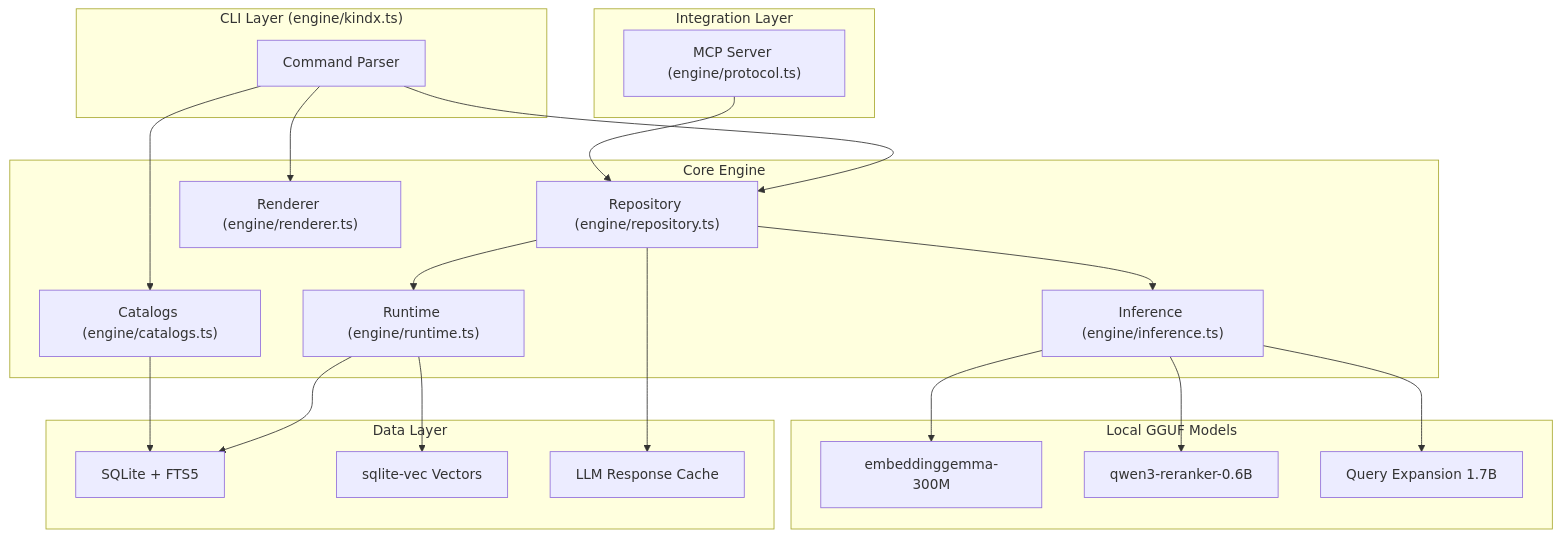
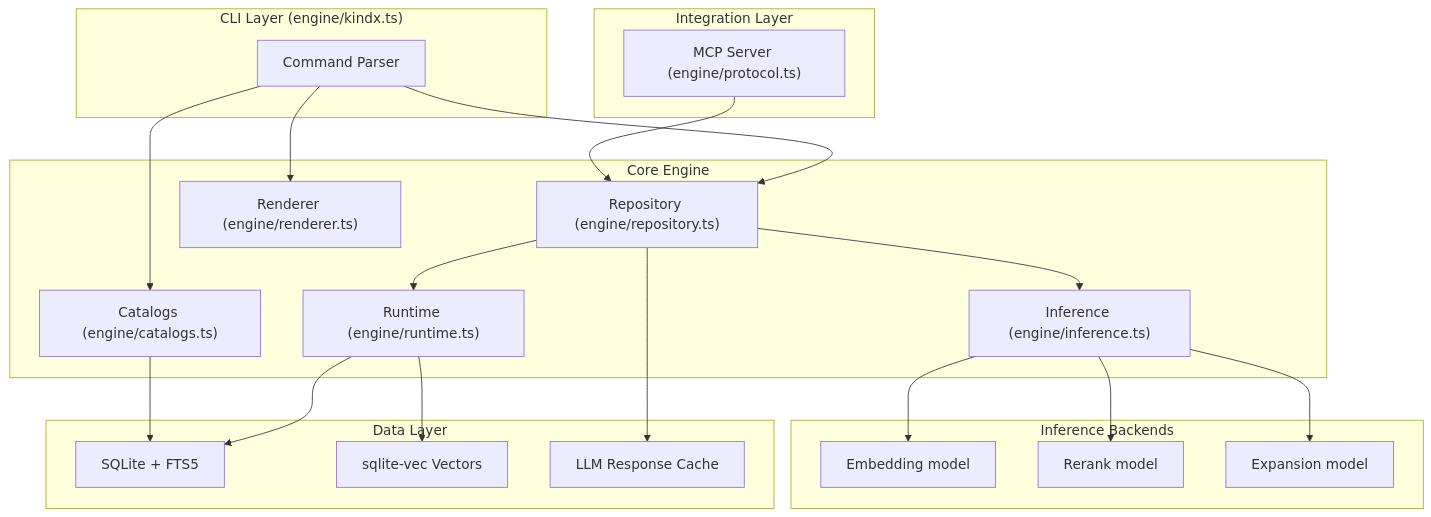
Before and after one commit to ambicuity/KINDX: the first of 4 diagrams in README.md, drawn with Mermaid. The commit also changed other lines of this file and 43 other files, not shown here.

````diff
--- a/README.md
+++ b/README.md
@@ -324,44 +74,44 @@
 ```mermaid
 graph TB
     subgraph CLI["CLI Layer (engine/kindx.ts)"]
         CMD["Command Parser"]
     end
 
     subgraph Engine["Core Engine"]
         REPO["Repository (engine/repository.ts)"]
         INF["Inference (engine/inference.ts)"]
         CAT["Catalogs (engine/catalogs.ts)"]
         REN["Renderer (engine/renderer.ts)"]
         RT["Runtime (engine/runtime.ts)"]
     end
 
     subgraph Protocol["Integration Layer"]
         MCP["MCP Server (engine/protocol.ts)"]
     end
 
     subgraph Storage["Data Layer"]
         SQLite["SQLite + FTS5"]
         VEC["sqlite-vec Vectors"]
         CACHE["LLM Response Cache"]
     end
 
-    subgraph Models["Local GGUF Models"]
-        EMBED["embeddinggemma-300M"]
-        RERANK["qwen3-reranker-0.6B"]
-        EXPAND["Query Expansion 1.7B"]
+    subgraph Models["Inference Backends"]
+        EMBED["Embedding model"]
+        RERANK["Rerank model"]
+        EXPAND["Expansion model"]
     end
 
     CMD --> REPO
     CMD --> CAT
     CMD --> REN
     MCP --> REPO
     REPO --> RT
     REPO --> INF
     RT --> SQLite
     RT --> VEC
     INF --> EMBED
     INF --> RERANK
     INF --> EXPAND
     REPO --> CACHE
     CAT --> SQLite
 ```
````
